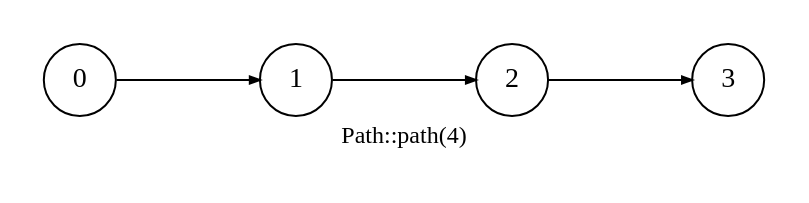
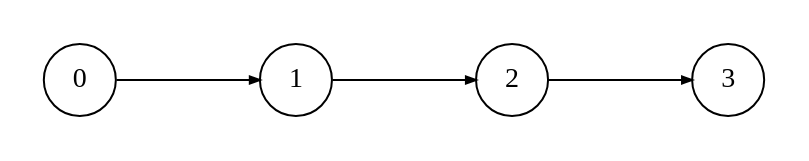
One commit to bsdrks/graaf-images changed the diagram in src/path_4.dot. Above: the diagram before and after it, drawn with Graphviz. The commit also changed 3 other files, not shown here.

Commit message:
update `gen` graphs

```diff
--- a/src/path_4.dot
+++ b/src/path_4.dot
@@ -1,16 +1,13 @@
 digraph {
     node [shape=circle, fontname="Operator Mono"];
     edge [arrowsize=0.5];
     layout=circo;
     pad=0.2;
-    fontsize=12;
-    fontname="Operator Mono";
-    label="Path::path(4)";
 
     0 [label="0"];
     1 [label="1"];
     2 [label="2"];
     3 [label="3"];
 
     0 -> 1 -> 2 -> 3;
 }
```
